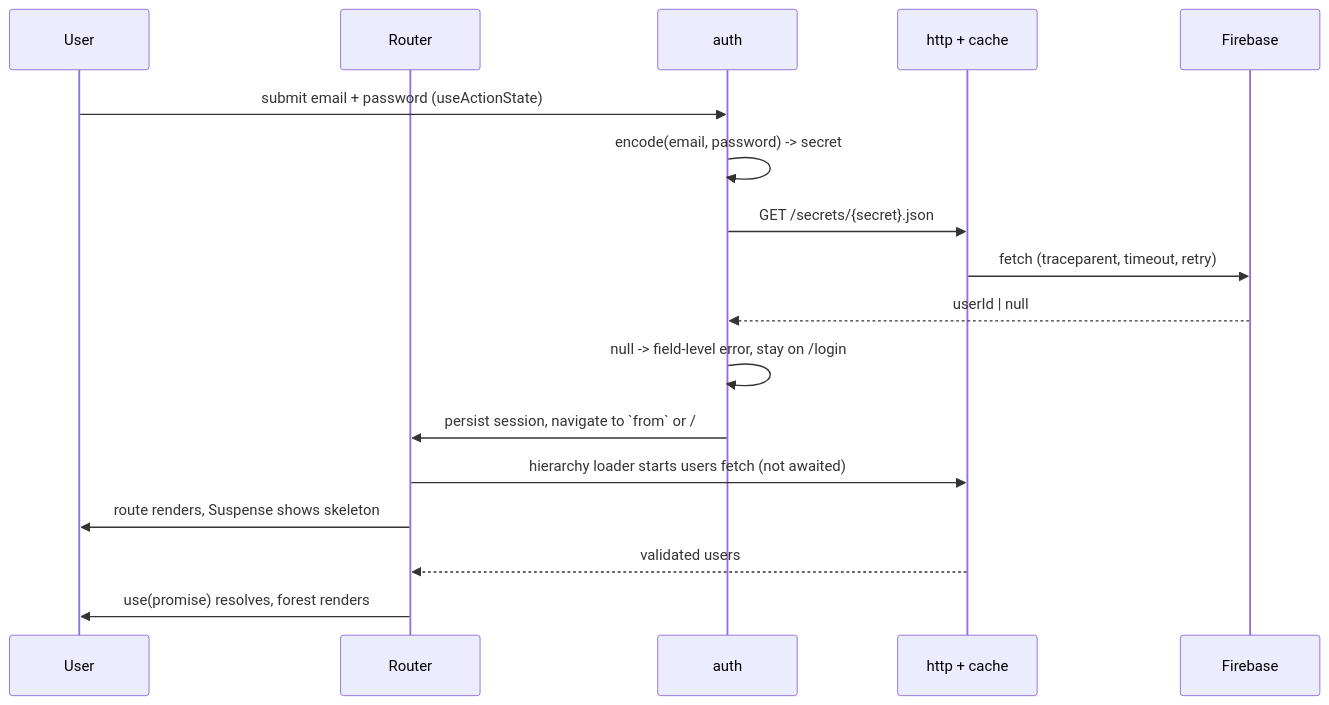
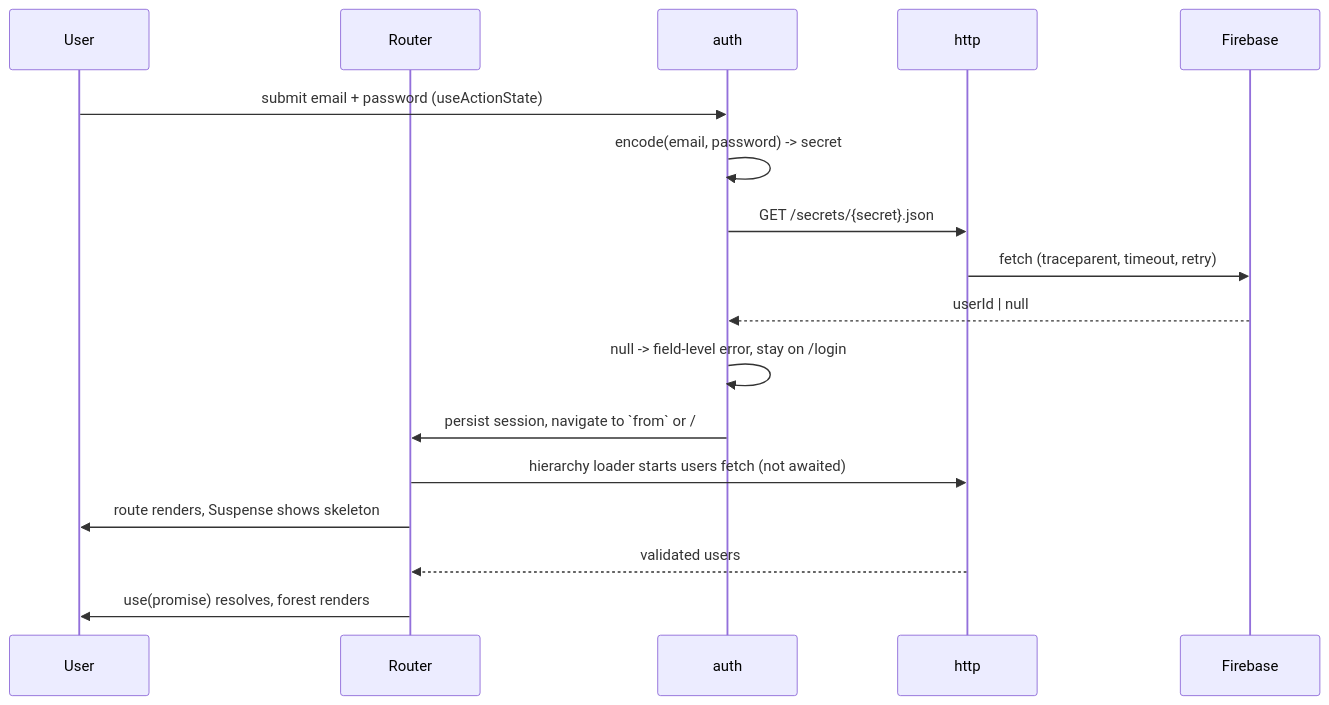
The second of 2 diagrams in specs/ARCHITECTURE.md (sergeykhomyuk/hierarchy-tree), drawn with Mermaid before and after one commit. The commit also changed other lines of this file and 16 other files, not shown here.

````diff
--- a/specs/ARCHITECTURE.md
+++ b/specs/ARCHITECTURE.md
@@ -47,20 +47,20 @@
 ```mermaid
 sequenceDiagram
     participant U as User
     participant R as Router
     participant A as auth
-    participant H as http + cache
+    participant H as http
     participant F as Firebase
 
     U->>A: submit email + password (useActionState)
     A->>A: encode(email, password) -> secret
     A->>H: GET /secrets/{secret}.json
     H->>F: fetch (traceparent, timeout, retry)
     F-->>A: userId | null
     A->>A: null -> field-level error, stay on /login
     A->>R: persist session, navigate to `from` or /
     R->>H: hierarchy loader starts users fetch (not awaited)
     R->>U: route renders, Suspense shows skeleton
     H-->>R: validated users
     R->>U: use(promise) resolves, forest renders
 ```
````
